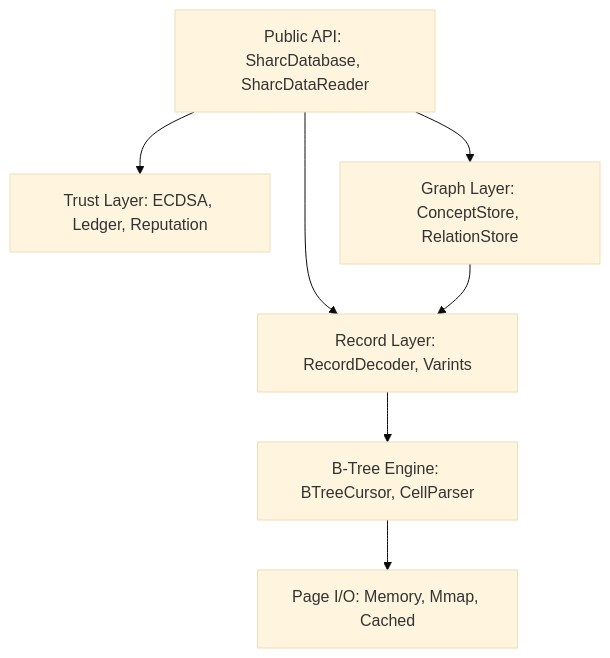
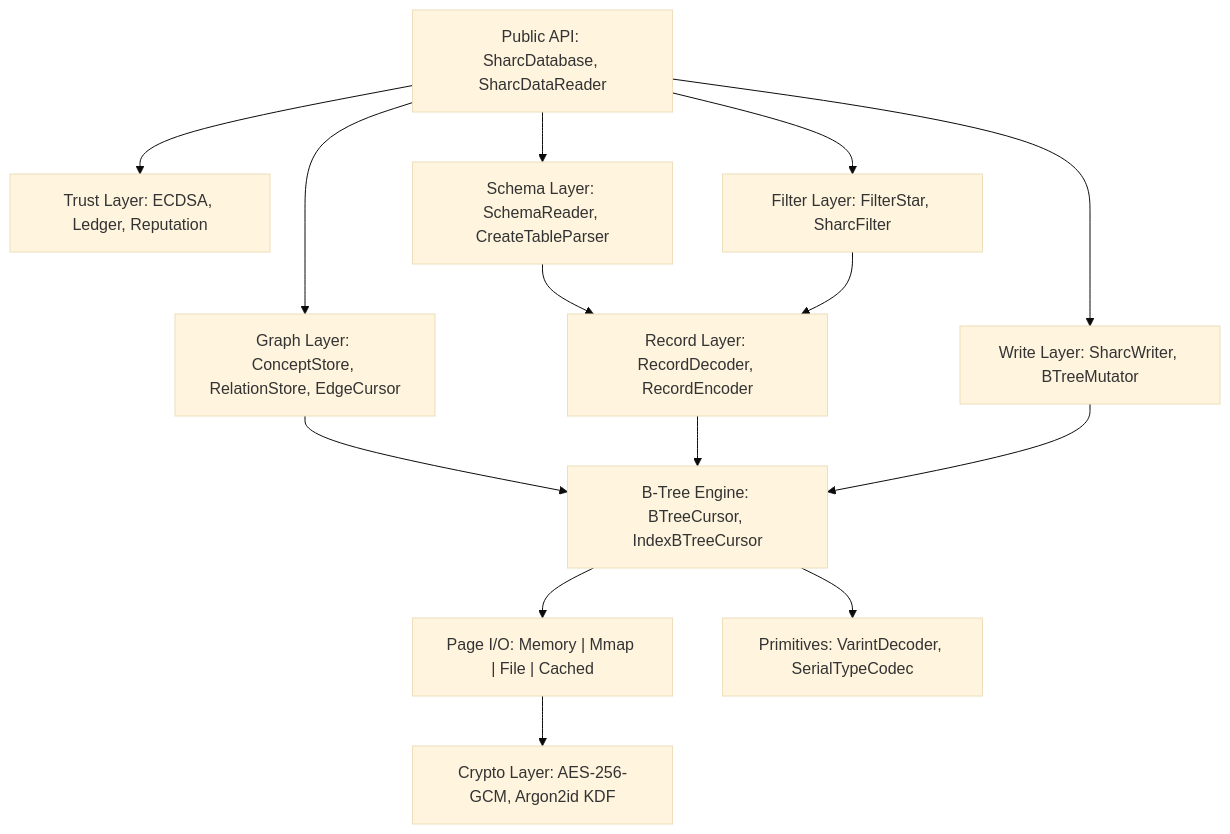
Before and after one commit to revred/Sharc: the diagram in docs/ARCHITECTURE.md, drawn with Mermaid (base theme). The commit also changed other lines of this file and 6 other files, not shown here.

````diff
--- a/docs/ARCHITECTURE.md
+++ b/docs/ARCHITECTURE.md
@@ -7,16 +7,28 @@
 ```mermaid
 graph TD
-    API[Public API: SharcDatabase, SharcDataReader]
-    Trust[Trust Layer: ECDSA, Ledger, Reputation]
-    Graph[Graph Layer: ConceptStore, RelationStore]
-    Records[Record Layer: RecordDecoder, Varints]
-    BTree[B-Tree Engine: BTreeCursor, CellParser]
-    IO[Page I/O: Memory, Mmap, Cached]
-    
+    API["Public API: SharcDatabase, SharcDataReader"]
+    Write["Write Layer: SharcWriter, BTreeMutator"]
+    Trust["Trust Layer: ECDSA, Ledger, Reputation"]
+    Graph["Graph Layer: ConceptStore, RelationStore, EdgeCursor"]
+    Filter["Filter Layer: FilterStar, SharcFilter"]
+    Schema["Schema Layer: SchemaReader, CreateTableParser"]
+    Records["Record Layer: RecordDecoder, RecordEncoder"]
+    BTree["B-Tree Engine: BTreeCursor, IndexBTreeCursor"]
+    IO["Page I/O: Memory | Mmap | File | Cached"]
+    Crypto["Crypto Layer: AES-256-GCM, Argon2id KDF"]
+    Primitives["Primitives: VarintDecoder, SerialTypeCodec"]
+
+    API --> Write
     API --> Trust
     API --> Graph
-    API --> Records
-    Graph --> Records
+    API --> Filter
+    API --> Schema
+    Schema --> Records
+    Filter --> Records
+    Graph --> BTree
     Records --> BTree
+    Write --> BTree
     BTree --> IO
+    IO --> Crypto
+    BTree --> Primitives
 ```
````
